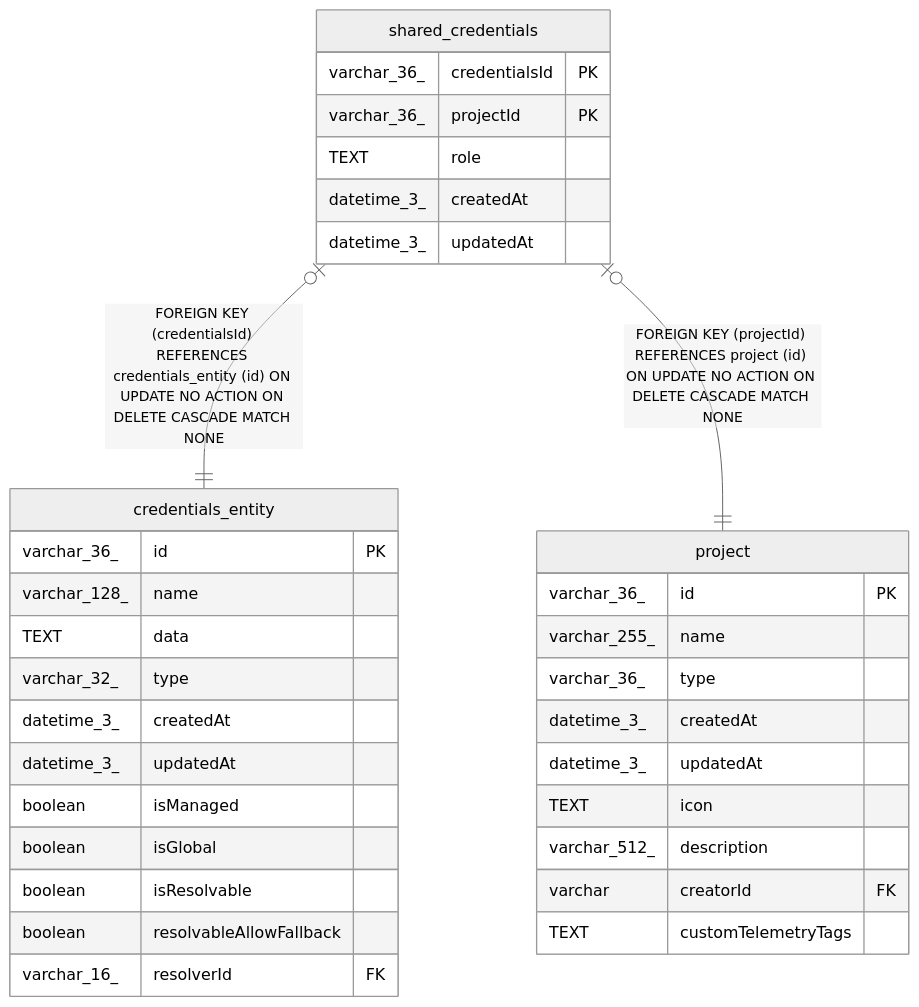
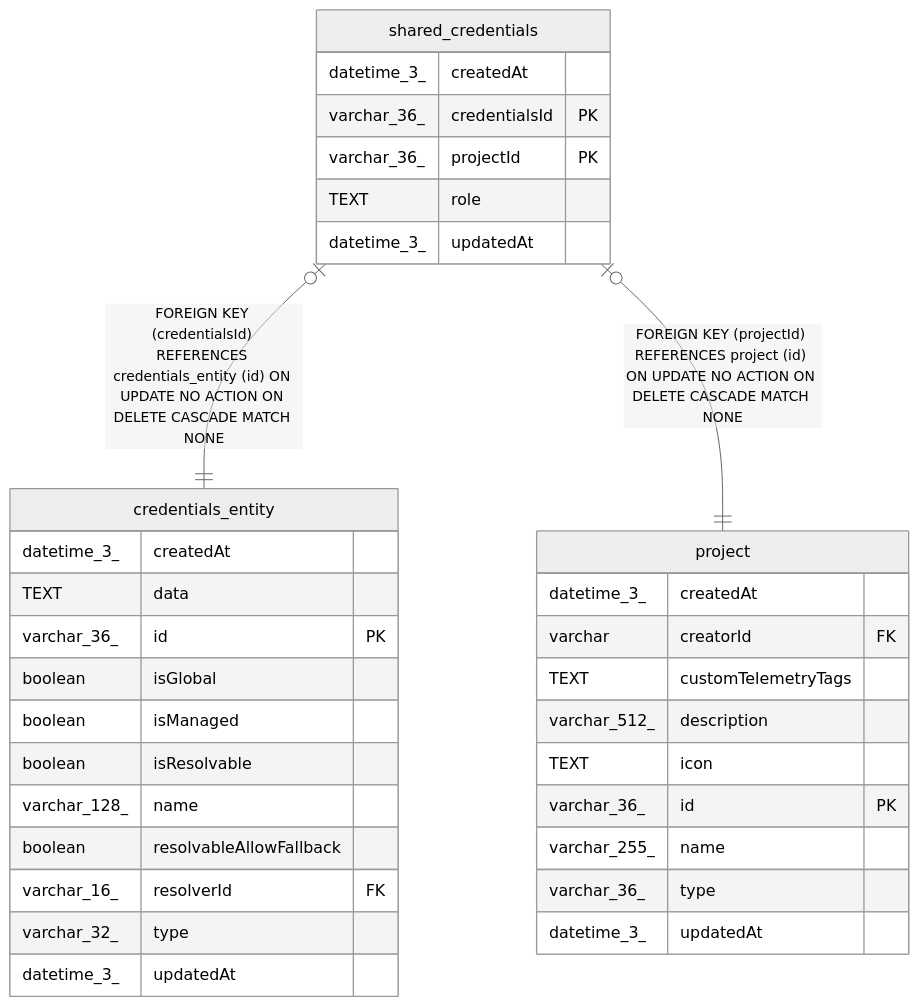
One commit to mayankjain1815-commits/n8n changed the diagram in docs/generated/sqlite-schema/shared_credentials.md. Above: the diagram before and after it, drawn with Mermaid (neutral theme). The commit also changed other lines of this file and 221 other files, not shown here.

Commit message:
chore(core): Make DB schema docs generation deterministic (#32373)

````diff
--- a/docs/generated/sqlite-schema/shared_credentials.md
+++ b/docs/generated/sqlite-schema/shared_credentials.md
@@ -42,38 +42,38 @@
 ```mermaid
 erDiagram
 
 "shared_credentials" |o--|| "credentials_entity" : "FOREIGN KEY (credentialsId) REFERENCES credentials_entity (id) ON UPDATE NO ACTION ON DELETE CASCADE MATCH NONE"
 "shared_credentials" |o--|| "project" : "FOREIGN KEY (projectId) REFERENCES project (id) ON UPDATE NO ACTION ON DELETE CASCADE MATCH NONE"
 
 "shared_credentials" {
+  datetime_3_ createdAt
   varchar_36_ credentialsId PK
   varchar_36_ projectId PK
   TEXT role
-  datetime_3_ createdAt
   datetime_3_ updatedAt
 }
 "credentials_entity" {
+  datetime_3_ createdAt
+  TEXT data
   varchar_36_ id PK
+  boolean isGlobal
+  boolean isManaged
+  boolean isResolvable
   varchar_128_ name
-  TEXT data
-  varchar_32_ type
-  datetime_3_ createdAt
-  datetime_3_ updatedAt
-  boolean isManaged
-  boolean isGlobal
-  boolean isResolvable
   boolean resolvableAllowFallback
   varchar_16_ resolverId FK
+  varchar_32_ type
+  datetime_3_ updatedAt
 }
 "project" {
+  datetime_3_ createdAt
+  varchar creatorId FK
+  TEXT customTelemetryTags
+  varchar_512_ description
+  TEXT icon
   varchar_36_ id PK
   varchar_255_ name
   varchar_36_ type
-  datetime_3_ createdAt
   datetime_3_ updatedAt
-  TEXT icon
-  varchar_512_ description
-  varchar creatorId FK
-  TEXT customTelemetryTags
 }
 ```
````
